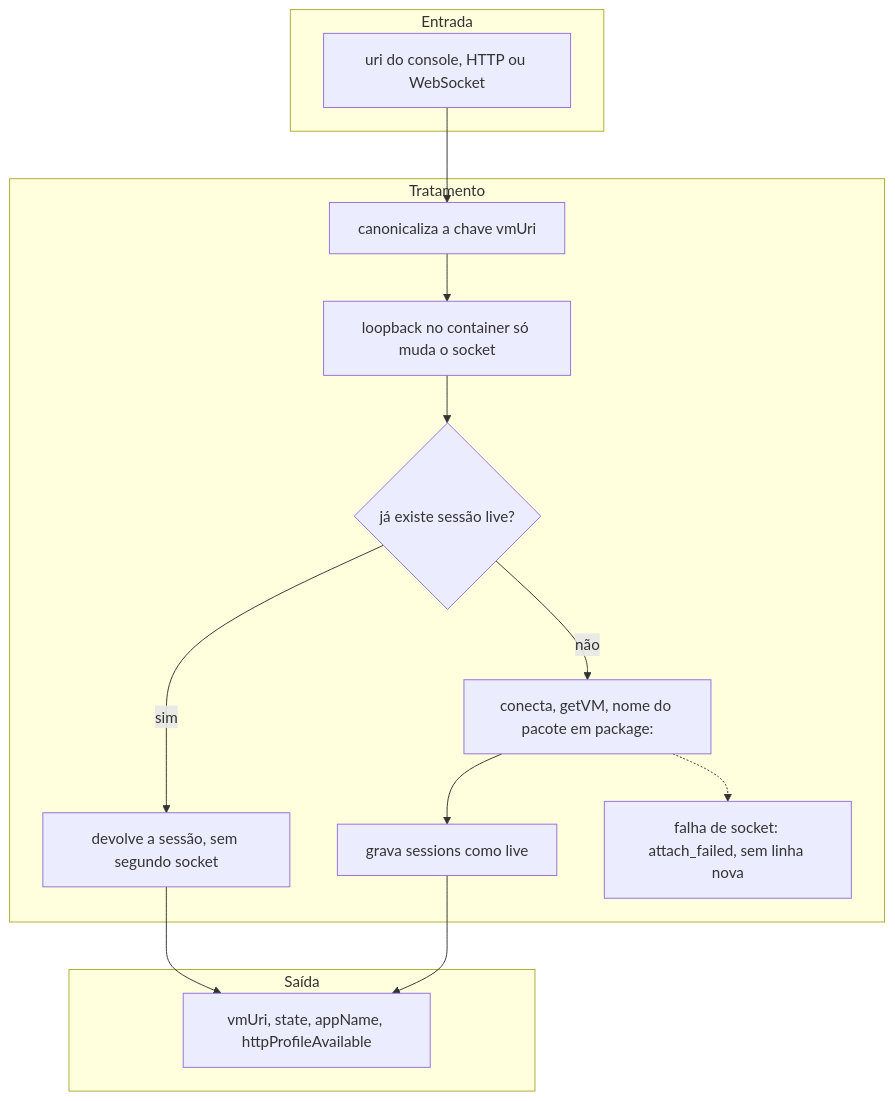
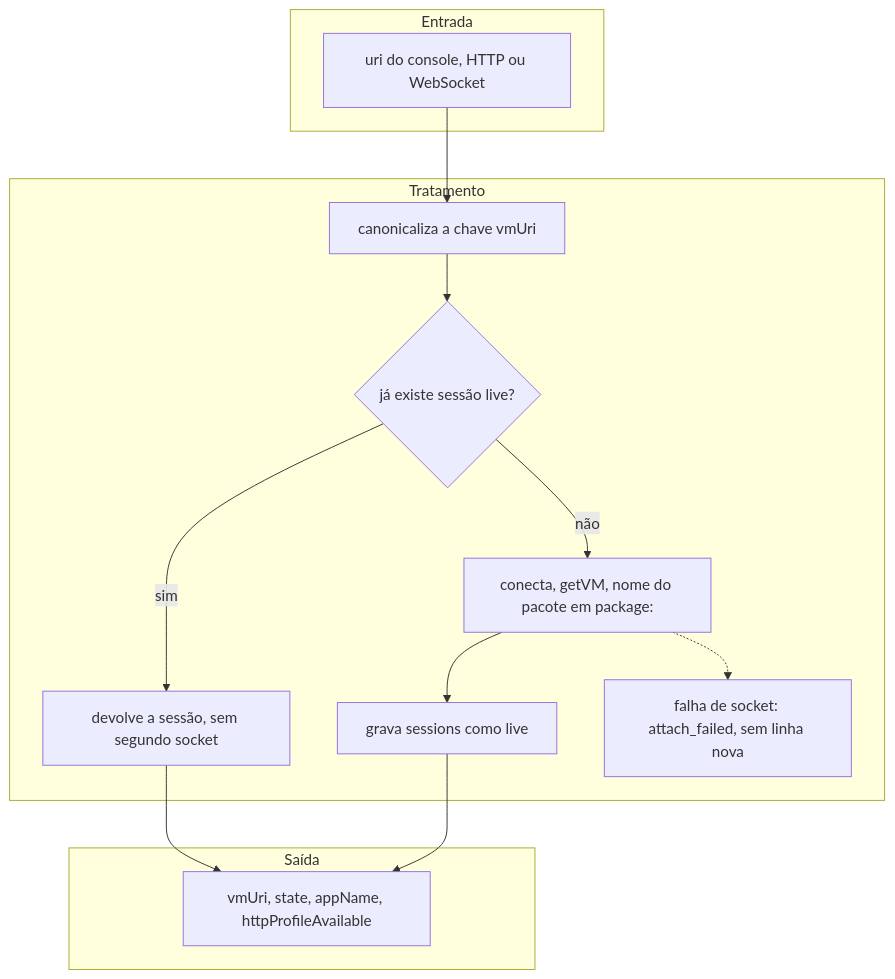
Before and after one commit to gjstos/dart-network-mcp: the sixth of 16 diagrams in docs/mcp.md, drawn with Mermaid. The commit also changed other lines of this file and 25 other files, not shown here.

````diff
--- a/docs/mcp.md
+++ b/docs/mcp.md
@@ -249,22 +246,21 @@
 ```mermaid
 flowchart TB
   subgraph entrada [Entrada]
     e1["uri do console, HTTP ou WebSocket"]
   end
   subgraph tratamento [Tratamento]
     t1["canonicaliza a chave vmUri"]
-    t2["loopback no container só muda o socket"]
     t3{"já existe sessão live?"}
     t4["devolve a sessão, sem segundo socket"]
     t5["conecta, getVM, nome do pacote em package:"]
     t6["grava sessions como live"]
     t7["falha de socket: attach_failed, sem linha nova"]
   end
   subgraph saida [Saída]
     s1["vmUri, state, appName, httpProfileAvailable"]
   end
-  e1 --> t1 --> t2 --> t3
+  e1 --> t1 --> t3
   t3 -->|sim| t4 --> s1
   t3 -->|não| t5 --> t6 --> s1
   t5 -.-> t7
 ```
````
